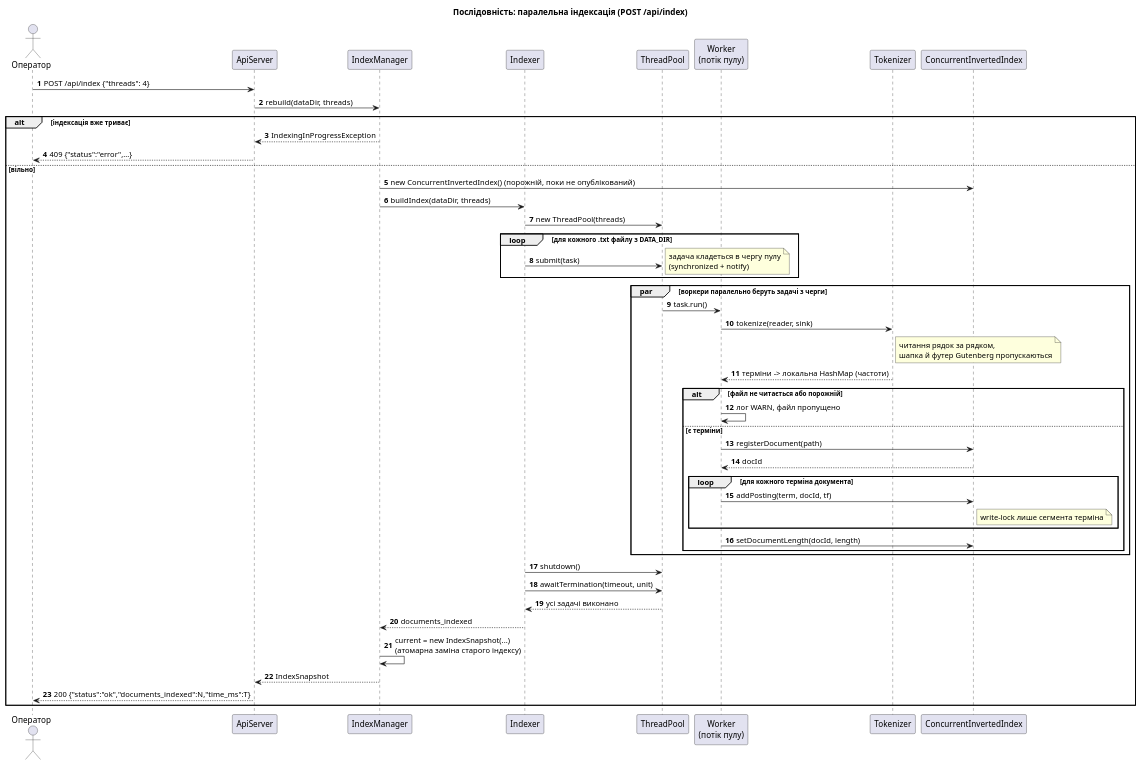
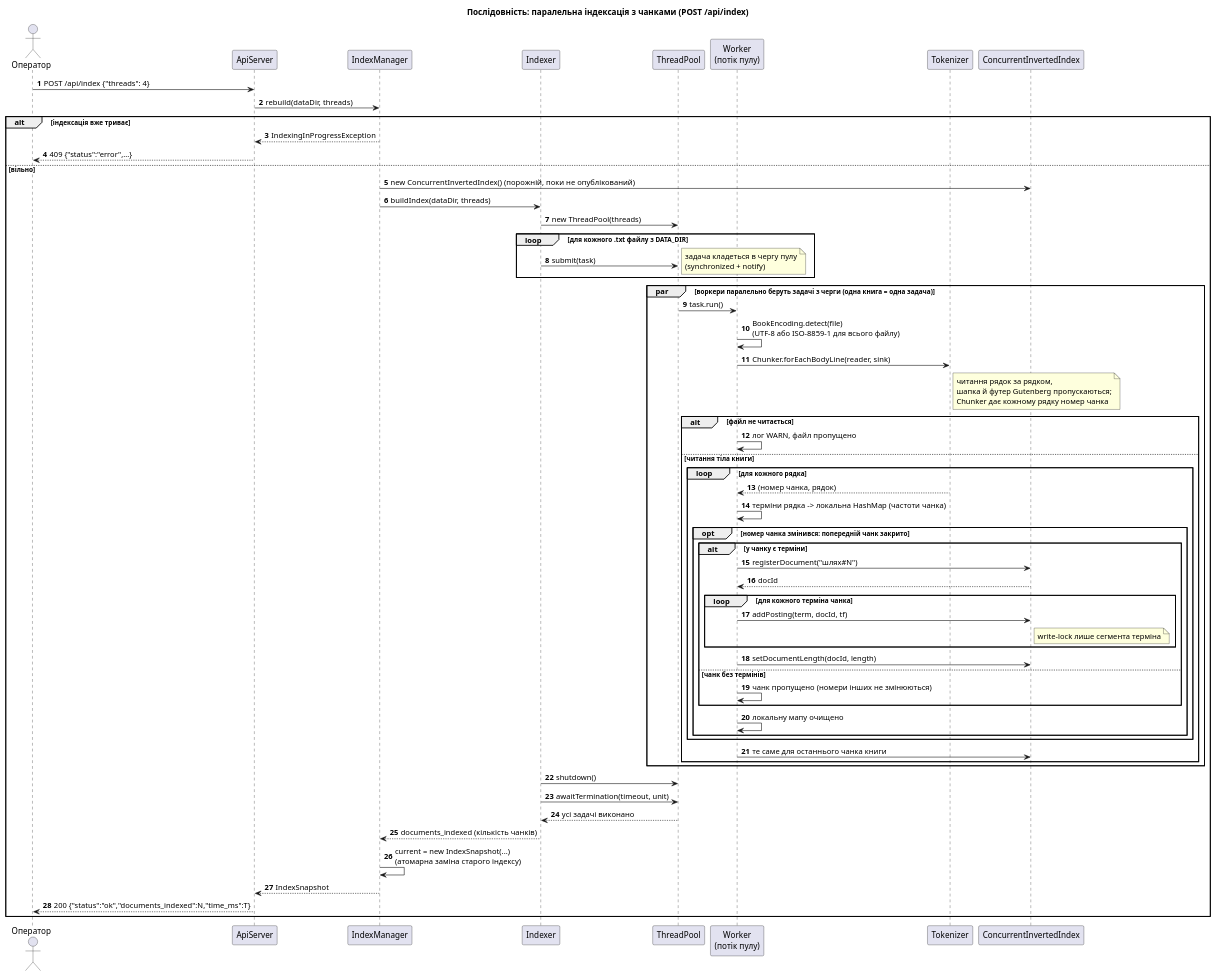
Before and after one commit to V-LP/Parallel-Computing-CW: the diagram in docs/uml/sequence-index.puml, drawn with PlantUML. The commit also changed 2 other files, not shown here.

Commit message:
docs(uml): show chunks and WebSocket pool in diagrams

```diff
--- a/docs/uml/sequence-index.puml
+++ b/docs/uml/sequence-index.puml
@@ -1,59 +1,71 @@
 @startuml sequence-index
-title Послідовність: паралельна індексація (POST /api/index)
+title Послідовність: паралельна індексація з чанками (POST /api/index)
 
 skinparam shadowing false
 autonumber
 
 actor "Оператор" as Operator
 participant ApiServer
 participant IndexManager
 participant Indexer
 participant ThreadPool
 participant "Worker\n(потік пулу)" as Worker
 participant Tokenizer
 participant ConcurrentInvertedIndex as Index
 
 Operator -> ApiServer : POST /api/index {"threads": 4}
 ApiServer -> IndexManager : rebuild(dataDir, threads)
 
 alt індексація вже триває
   IndexManager --> ApiServer : IndexingInProgressException
   ApiServer --> Operator : 409 {"status":"error",...}
 else вільно
   IndexManager -> Index : new ConcurrentInvertedIndex() (порожній, поки не опублікований)
   IndexManager -> Indexer : buildIndex(dataDir, threads)
   Indexer -> ThreadPool : new ThreadPool(threads)
 
   loop для кожного .txt файлу з DATA_DIR
     Indexer -> ThreadPool : submit(task)
     note right : задача кладеться в чергу пулу\n(synchronized + notify)
   end
 
-  par воркери паралельно беруть задачі з черги
+  par воркери паралельно беруть задачі з черги (одна книга = одна задача)
     ThreadPool -> Worker : task.run()
-    Worker -> Tokenizer : tokenize(reader, sink)
-    note right of Tokenizer : читання рядок за рядком,\nшапка й футер Gutenberg пропускаються
-    Tokenizer --> Worker : терміни -> локальна HashMap (частоти)
-    alt файл не читається або порожній
+    Worker -> Worker : BookEncoding.detect(file)\n(UTF-8 або ISO-8859-1 для всього файлу)
+    Worker -> Tokenizer : Chunker.forEachBodyLine(reader, sink)
+    note right of Tokenizer : читання рядок за рядком,\nшапка й футер Gutenberg пропускаються;\nChunker дає кожному рядку номер чанка
+    alt файл не читається
       Worker -> Worker : лог WARN, файл пропущено
-    else є терміни
-      Worker -> Index : registerDocument(path)
-      Index --> Worker : docId
-      loop для кожного терміна документа
-        Worker -> Index : addPosting(term, docId, tf)
-        note right of Index : write-lock лише сегмента терміна
+    else читання тіла книги
+      loop для кожного рядка
+        Tokenizer --> Worker : (номер чанка, рядок)
+        Worker -> Worker : терміни рядка -> локальна HashMap (частоти чанка)
+        opt номер чанка змінився: попередній чанк закрито
+          alt у чанку є терміни
+            Worker -> Index : registerDocument("шлях#N")
+            Index --> Worker : docId
+            loop для кожного терміна чанка
+              Worker -> Index : addPosting(term, docId, tf)
+              note right of Index : write-lock лише сегмента терміна
+            end
+            Worker -> Index : setDocumentLength(docId, length)
+          else чанк без термінів
+            Worker -> Worker : чанк пропущено (номери інших не змінюються)
+          end
+          Worker -> Worker : локальну мапу очищено
+        end
       end
-      Worker -> Index : setDocumentLength(docId, length)
+      Worker -> Index : те саме для останнього чанка книги
     end
   end
 
   Indexer -> ThreadPool : shutdown()
   Indexer -> ThreadPool : awaitTermination(timeout, unit)
   ThreadPool --> Indexer : усі задачі виконано
-  Indexer --> IndexManager : documents_indexed
+  Indexer --> IndexManager : documents_indexed (кількість чанків)
   IndexManager -> IndexManager : current = new IndexSnapshot(...)\n(атомарна заміна старого індексу)
   IndexManager --> ApiServer : IndexSnapshot
   ApiServer --> Operator : 200 {"status":"ok","documents_indexed":N,"time_ms":T}
 end
 
 @enduml
```
